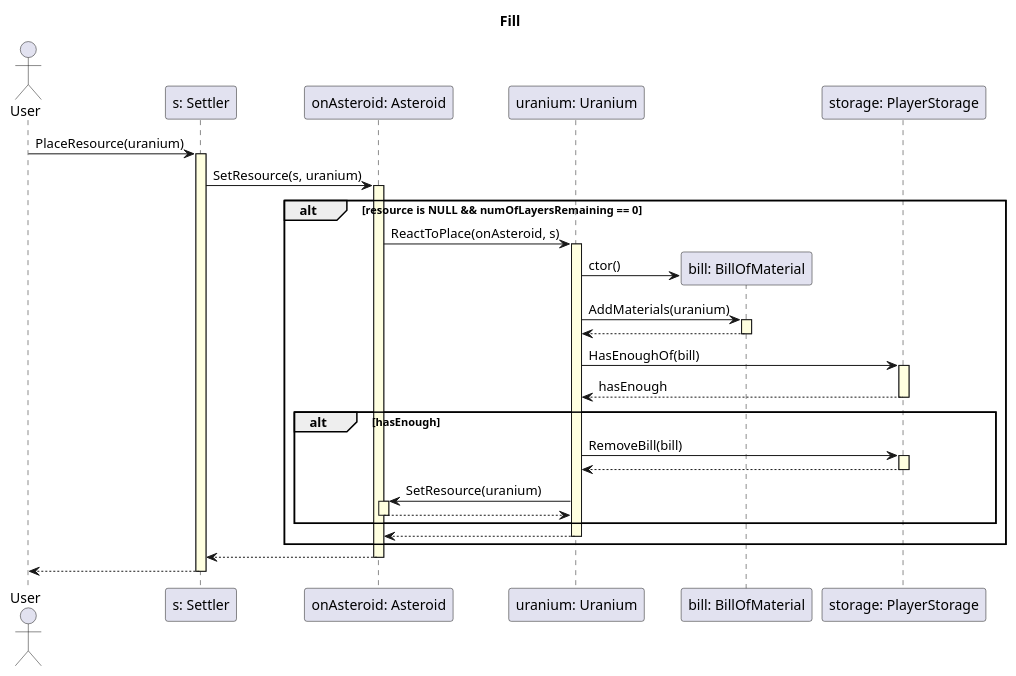
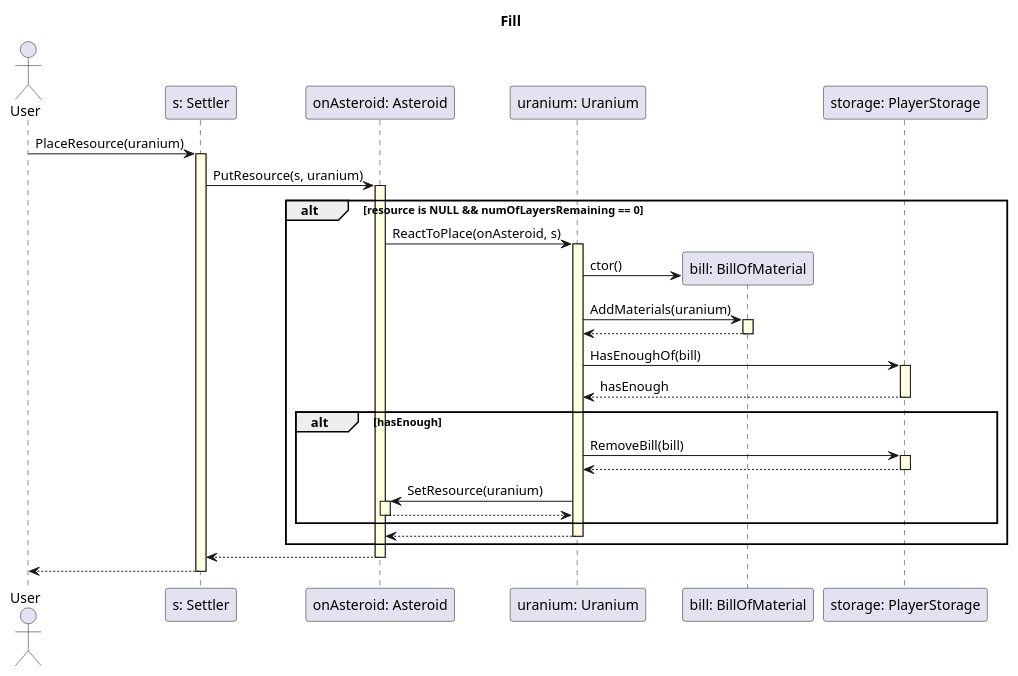
Before and after one commit to triszt4n/projlab_holy_oil: the diagram in uml/original_seq_diagrams/fill.plantuml, drawn with PlantUML. The commit also changed 36 other files, not shown here.

```diff
--- a/uml/original_seq_diagrams/fill.plantuml
+++ b/uml/original_seq_diagrams/fill.plantuml
@@ -1,49 +1,49 @@
 @startuml
 
 skinparam SequenceLifeLineBackgroundColor LightYellow
 
 title "Fill"
 
 actor User as US
 
 participant "s: Settler" as settler
 participant "onAsteroid: Asteroid" as onAsteroid
 participant "uranium: Uranium" as uranium
 participant "bill: BillOfMaterial" as bill
 participant "storage: PlayerStorage" as storage
 
 
 US -> settler ++: PlaceResource(uranium)
 
-settler->onAsteroid ++: SetResource(s, uranium)
+settler->onAsteroid ++: PutResource(s, uranium)
 
 alt resource is NULL && numOfLayersRemaining == 0
 
     onAsteroid -> uranium ++: ReactToPlace(onAsteroid, s)
 
         uranium -> bill **: ctor()
         uranium -> bill ++: AddMaterials(uranium)
         bill --> uranium --
 
         uranium -> storage ++: HasEnoughOf(bill)
         storage --> uranium --: hasEnough
 
         alt hasEnough
 
             uranium -> storage ++: RemoveBill(bill)
             storage --> uranium --
 
             uranium -> onAsteroid ++: SetResource(uranium)
             onAsteroid --> uranium --
 
         end
 
     uranium --> onAsteroid --
     
 end
 
 onAsteroid --> settler--
 
 settler --> US--
 
 @enduml
```
